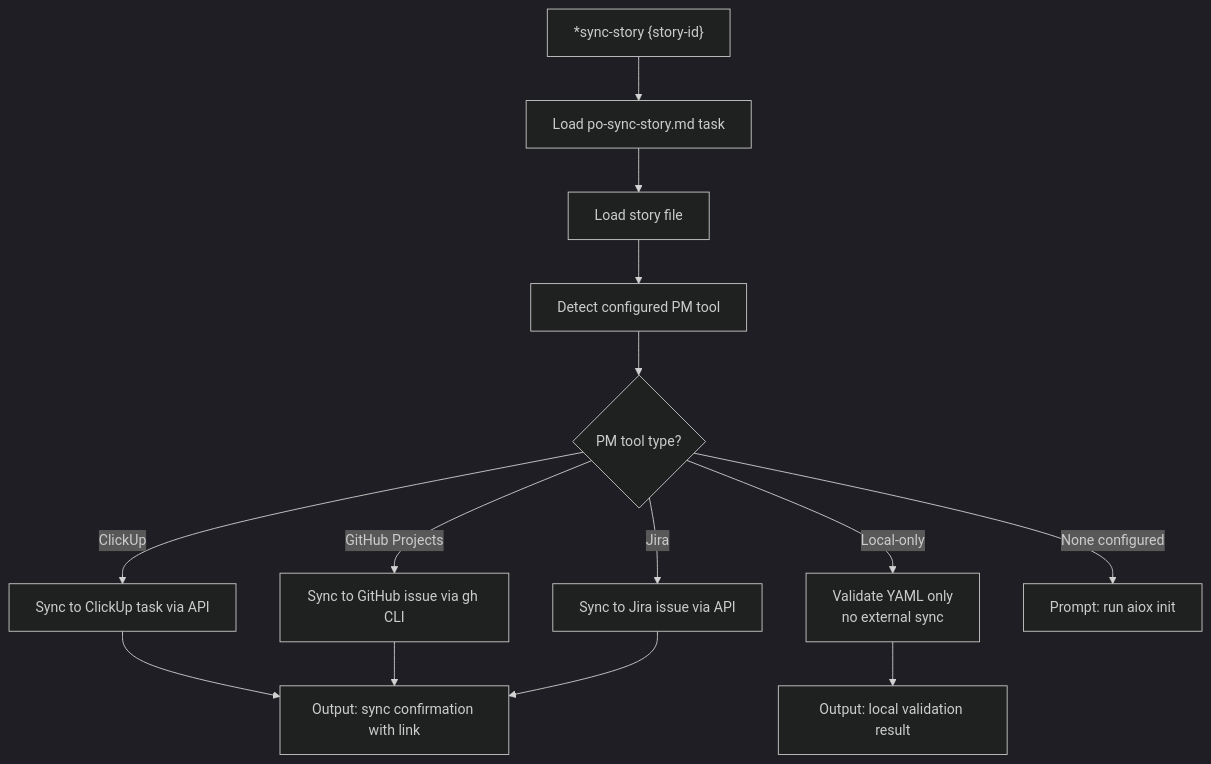
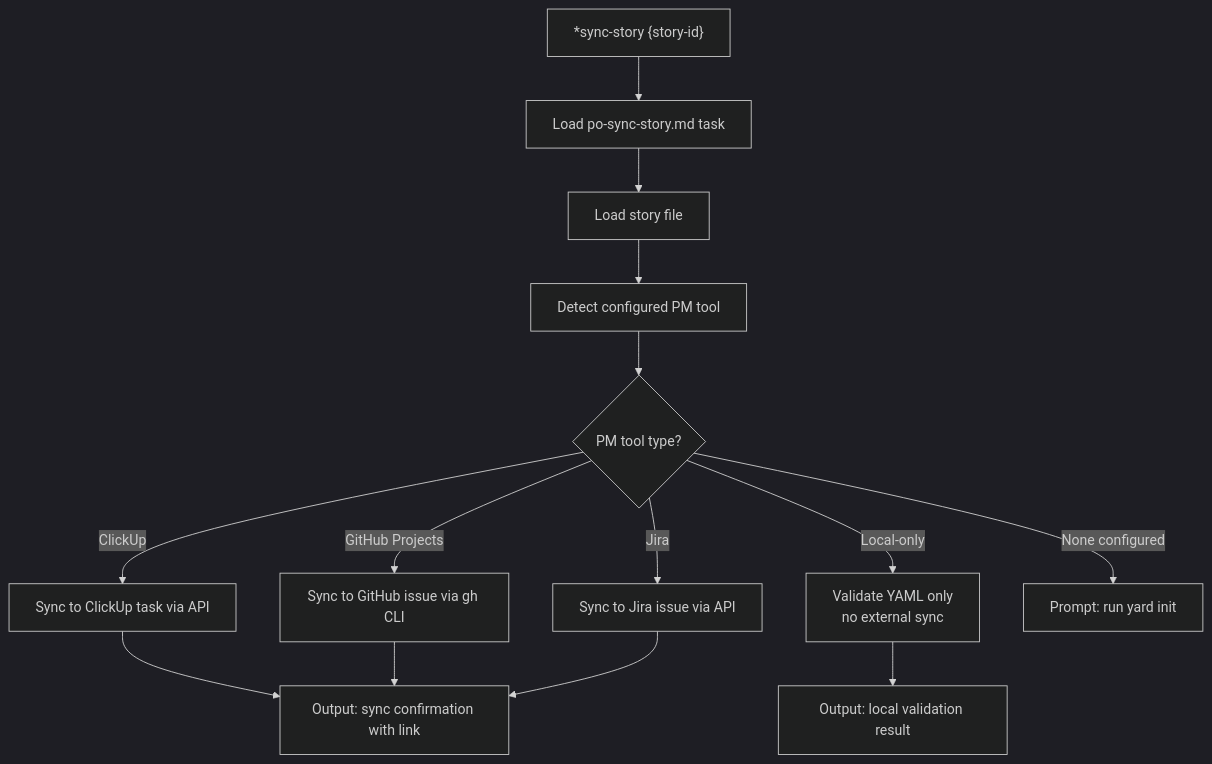
Before and after one commit to ernesto-langa/yard-core: the ninth of 13 diagrams in docs/guides/agents/traces/po-execution-trace.md, drawn with Mermaid (dark theme). The commit also changed other lines of this file and 529 other files, not shown here.

````diff
--- a/docs/guides/agents/traces/po-execution-trace.md
+++ b/docs/guides/agents/traces/po-execution-trace.md
@@ -324,16 +324,16 @@
 ```mermaid
 flowchart TD
     A["*sync-story {story-id}"] --> B[Load po-sync-story.md task]
     B --> C[Load story file]
     C --> D[Detect configured PM tool]
     D --> E{PM tool type?}
     E -->|ClickUp| F[Sync to ClickUp task via API]
     E -->|GitHub Projects| G[Sync to GitHub issue via gh CLI]
     E -->|Jira| H[Sync to Jira issue via API]
     E -->|Local-only| I[Validate YAML only<br/>no external sync]
-    E -->|None configured| J[Prompt: run aiox init]
+    E -->|None configured| J[Prompt: run yard init]
     F --> K[Output: sync confirmation with link]
     G --> K
     H --> K
     I --> L[Output: local validation result]
 ```
````
